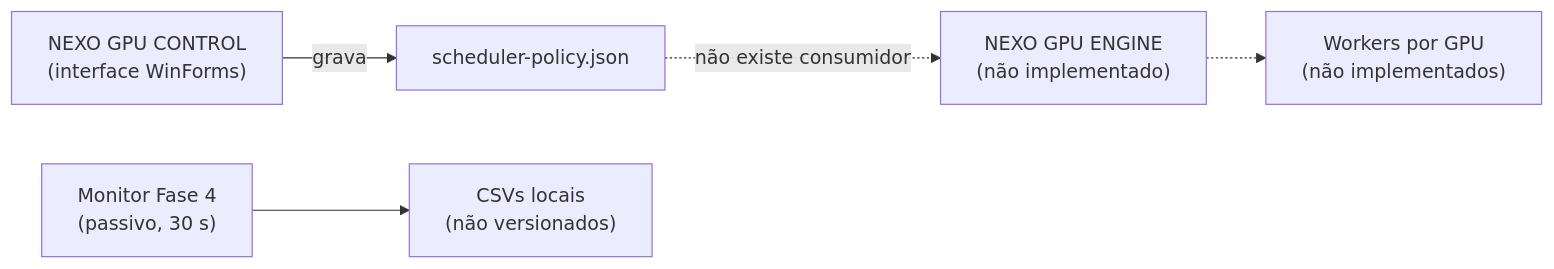
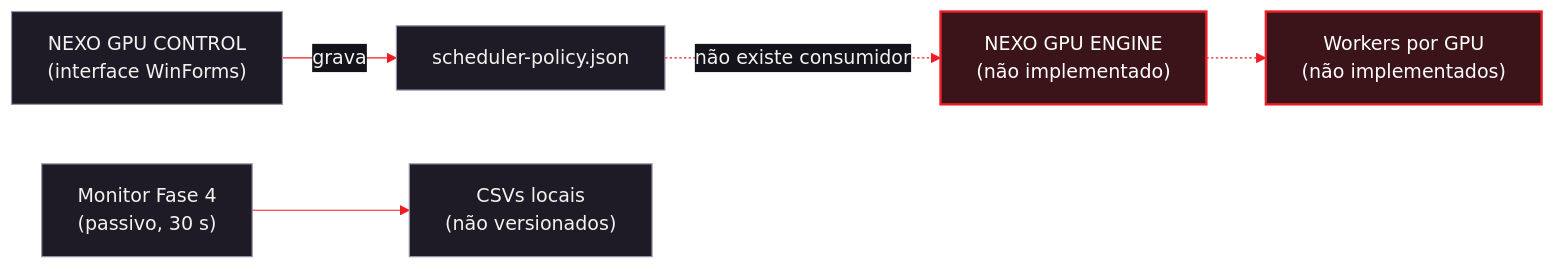
Before and after one commit to Bruno-Gadelha25/nexo-dual-gpu-lab: the fourth of 4 diagrams in docs/architecture.md, drawn with Mermaid. The commit also changed other lines of this file and 3 other files, not shown here.

First line of the commit message:
docs: diagramas Mermaid com tema escuro e cores por placa

````diff
--- a/docs/architecture.md
+++ b/docs/architecture.md
@@ -75,7 +88,14 @@
 ```mermaid
+%%{init: {"theme":"base","themeVariables":{"primaryColor":"#1f1b26","primaryTextColor":"#f4f2ee","primaryBorderColor":"#ee1c25","lineColor":"#ee1c25","secondaryColor":"#2a2533","tertiaryColor":"#1a1720","clusterBkg":"#18151d","clusterBorder":"#77708a","edgeLabelBackground":"#14121a","fontFamily":"Segoe UI, Arial, sans-serif","actorBkg":"#1f1b26","actorBorder":"#ee1c25","actorTextColor":"#f4f2ee","actorLineColor":"#9a94a8","signalColor":"#ee1c25","signalTextColor":"#14121a","noteBkgColor":"#3a1418","noteTextColor":"#f4f2ee","noteBorderColor":"#ee1c25","labelBoxBkgColor":"#1f1b26","labelBoxBorderColor":"#ee1c25","labelTextColor":"#f4f2ee","loopTextColor":"#f4f2ee","activationBkgColor":"#3a1418"}}}%%
 flowchart LR
   UI["NEXO GPU CONTROL<br/>(interface WinForms)"] -->|grava| POL["scheduler-policy.json"]
   POL -. "não existe consumidor" .-> ENG["NEXO GPU ENGINE<br/>(não implementado)"]
   ENG -.-> W["Workers por GPU<br/>(não implementados)"]
   MON["Monitor Fase 4<br/>(passivo, 30 s)"] --> LOGS["CSVs locais<br/>(não versionados)"]
+  classDef g970 fill:#3a2508,stroke:#ffa028,color:#ffd9a0,stroke-width:2px
+  classDef g750 fill:#0b2f33,stroke:#3cd2dc,color:#c8f6fa,stroke-width:2px
+  classDef eng fill:#3a1418,stroke:#ee1c25,color:#ffffff,stroke-width:2px
+  classDef data fill:#1f1b26,stroke:#9a94a8,color:#f4f2ee,stroke-width:1px
+  class UI,POL,MON,LOGS data
+  class ENG,W eng
 ```
````
